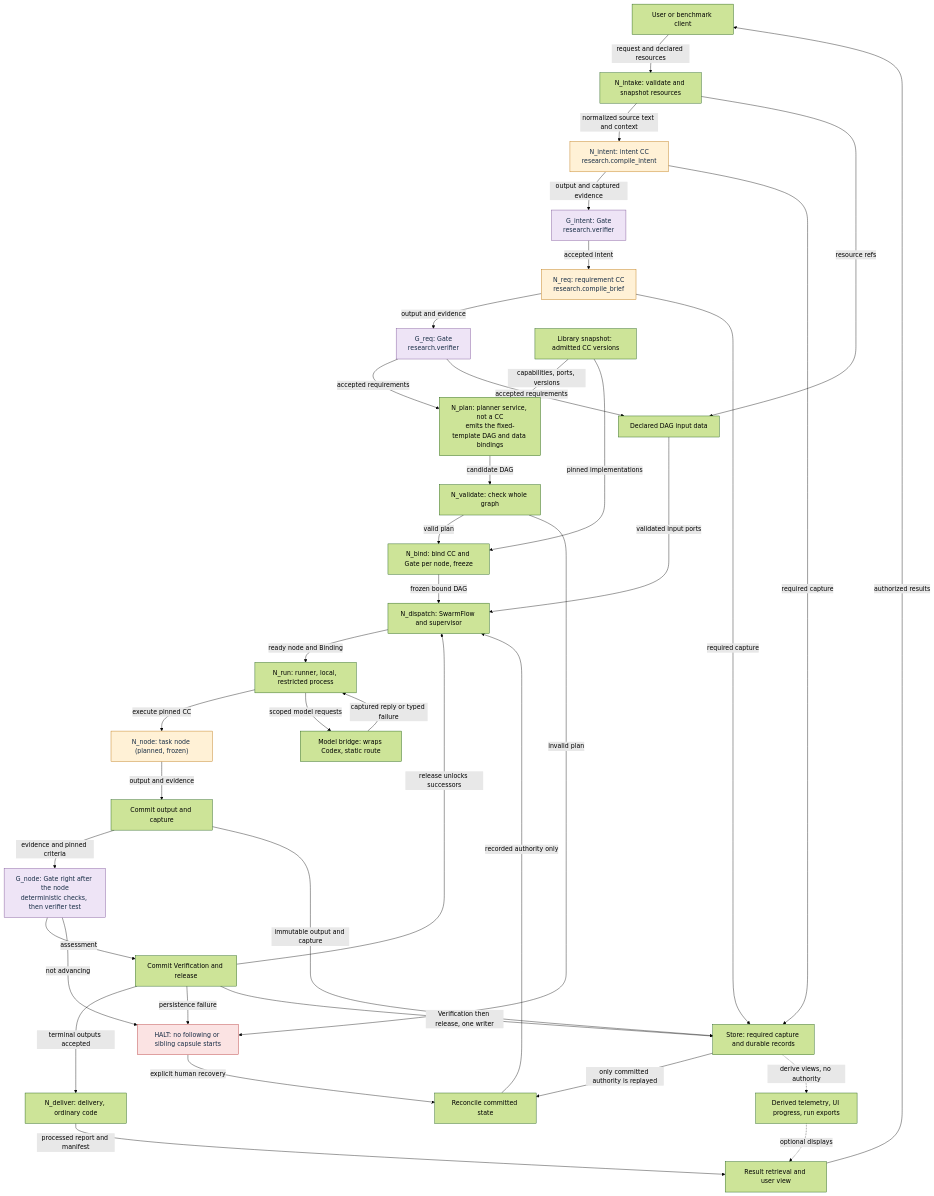
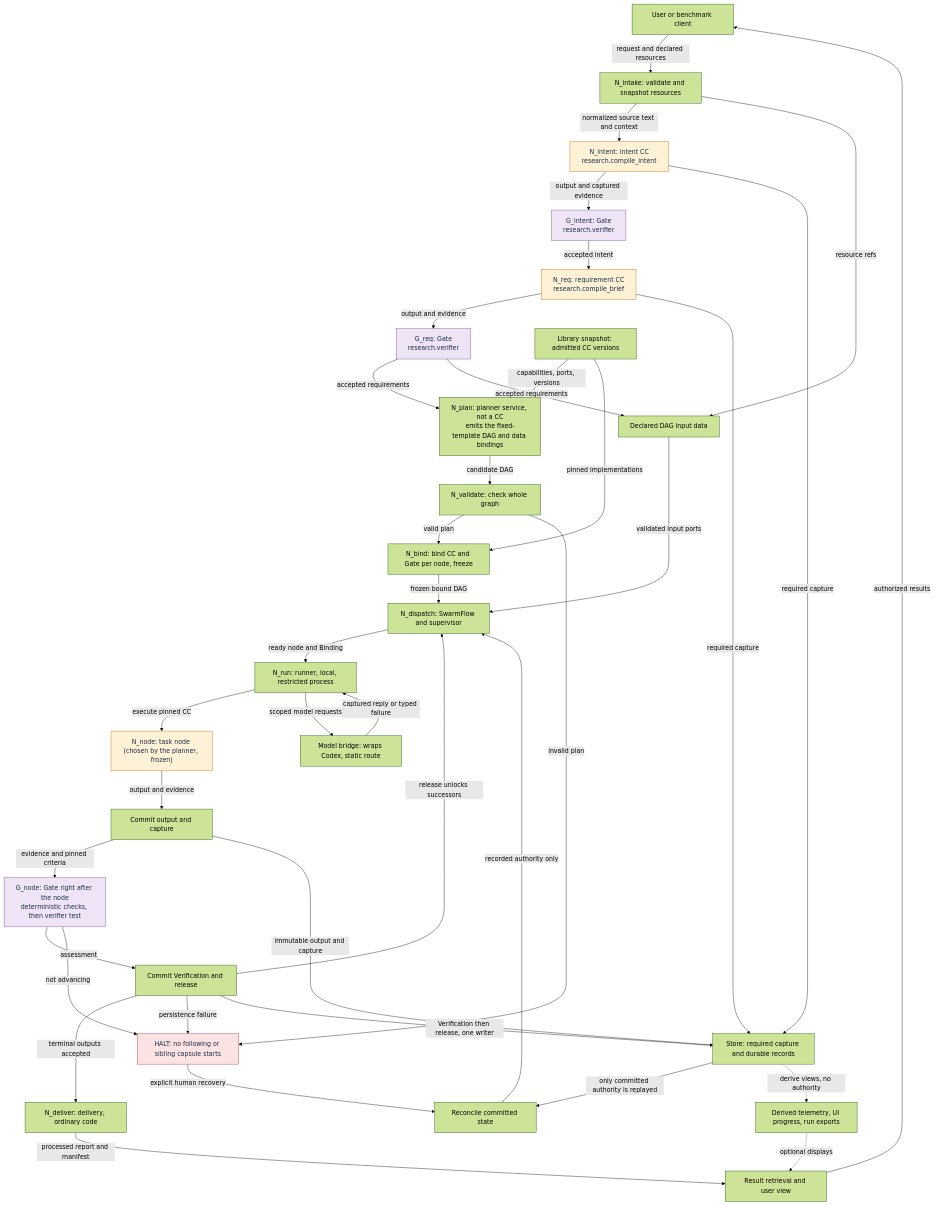
The second of 3 diagrams in docs/architecture/flow-variants.md (Stellven/jiuwenswarm), drawn with Mermaid (forest theme) before and after one commit. The commit also changed other lines of this file and 36 other files, not shown here.

Commit message:
Preserve architecture library before intent-led simplification

````diff
--- a/docs/architecture/flow-variants.md
+++ b/docs/architecture/flow-variants.md
@@ -90,49 +90,49 @@
 ```mermaid
 flowchart TB
   USER["User or benchmark client"] -->|"request and declared resources"| N_intake["N_intake: validate and snapshot resources"]
   N_intake -->|"normalized source text and context"| N_intent["N_intent: intent CC<br/>research.compile_intent"]
   N_intent -->|"output and captured evidence"| G_intent["G_intent: Gate<br/>research.verifier"]
   G_intent -->|"accepted intent"| N_req["N_req: requirement CC<br/>research.compile_brief"]
   N_req -->|"output and evidence"| G_req["G_req: Gate<br/>research.verifier"]
   G_req -->|"accepted requirements"| N_plan["N_plan: planner service, not a CC<br/>emits the fixed-template DAG and data bindings"]
   LIB["Library snapshot: admitted CC versions"] -->|"capabilities, ports, versions"| N_plan
   N_plan -->|"candidate DAG"| N_validate["N_validate: check whole graph"]
   N_validate -->|"valid plan"| N_bind["N_bind: bind CC and Gate per node, freeze"]
   LIB -->|"pinned implementations"| N_bind
   N_bind -->|"frozen bound DAG"| N_dispatch["N_dispatch: SwarmFlow and supervisor"]
   N_intake -->|"resource refs"| DATA["Declared DAG input data"]
   G_req -->|"accepted requirements"| DATA
   DATA -->|"validated input ports"| N_dispatch
   N_dispatch -->|"ready node and Binding"| N_run["N_run: runner, local, restricted process"]
-  N_run -->|"execute pinned CC"| N_node["N_node: task node (planned, frozen)"]
+  N_run -->|"execute pinned CC"| N_node["N_node: task node (chosen by the planner, frozen)"]
   N_node -->|"output and evidence"| SAVE["Commit output and capture"]
   SAVE -->|"evidence and pinned criteria"| G_node["G_node: Gate right after the node<br/>deterministic checks, then verifier test"]
   G_node -->|"assessment"| COMMIT["Commit Verification and release"]
   COMMIT -->|"release unlocks successors"| N_dispatch
   COMMIT -->|"terminal outputs accepted"| N_deliver["N_deliver: delivery, ordinary code"]
   N_deliver -->|"processed report and manifest"| VIEW["Result retrieval and user view"]
   VIEW -->|"authorized results"| USER
   G_node -->|"not advancing"| HALT["HALT: no following or sibling capsule starts"]
   N_validate -->|"invalid plan"| HALT
   COMMIT -->|"persistence failure"| HALT
   HALT -->|"explicit human recovery"| REC["Reconcile committed state"]
   REC -->|"recorded authority only"| N_dispatch
   STORE["Store: required capture and durable records"]
   MODEL["Model bridge: wraps Codex, static route"]
   N_intent -->|"required capture"| STORE
   N_req -->|"required capture"| STORE
   SAVE -->|"immutable output and capture"| STORE
   COMMIT -->|"Verification then release, one writer"| STORE
   STORE -->|"only committed authority is replayed"| REC
   N_run -->|"scoped model requests"| MODEL
   MODEL -->|"captured reply or typed failure"| N_run
   VIEWS["Derived telemetry, UI progress, run exports"]
   STORE -.->|"derive views, no authority"| VIEWS
   VIEWS -.->|"optional displays"| VIEW
   classDef cc fill:#FFF1D6,stroke:#B86E00,color:#172D45;
   classDef gate fill:#EEE4F6,stroke:#754A91,color:#172D45;
   classDef halt fill:#FBE3E3,stroke:#B03030,color:#172D45;
   class N_intent,N_req,N_node cc;
   class G_intent,G_req,G_node gate;
   class HALT halt;
 ```
````
